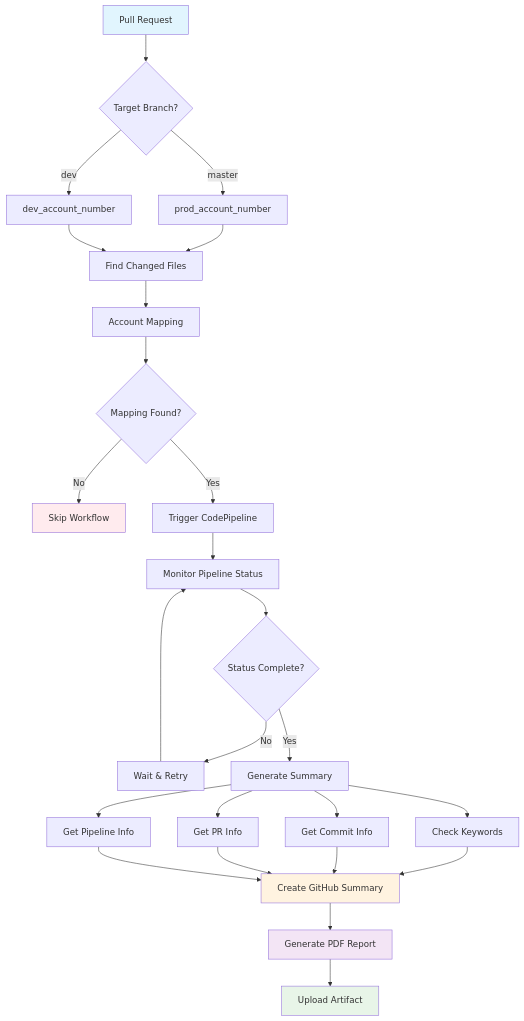
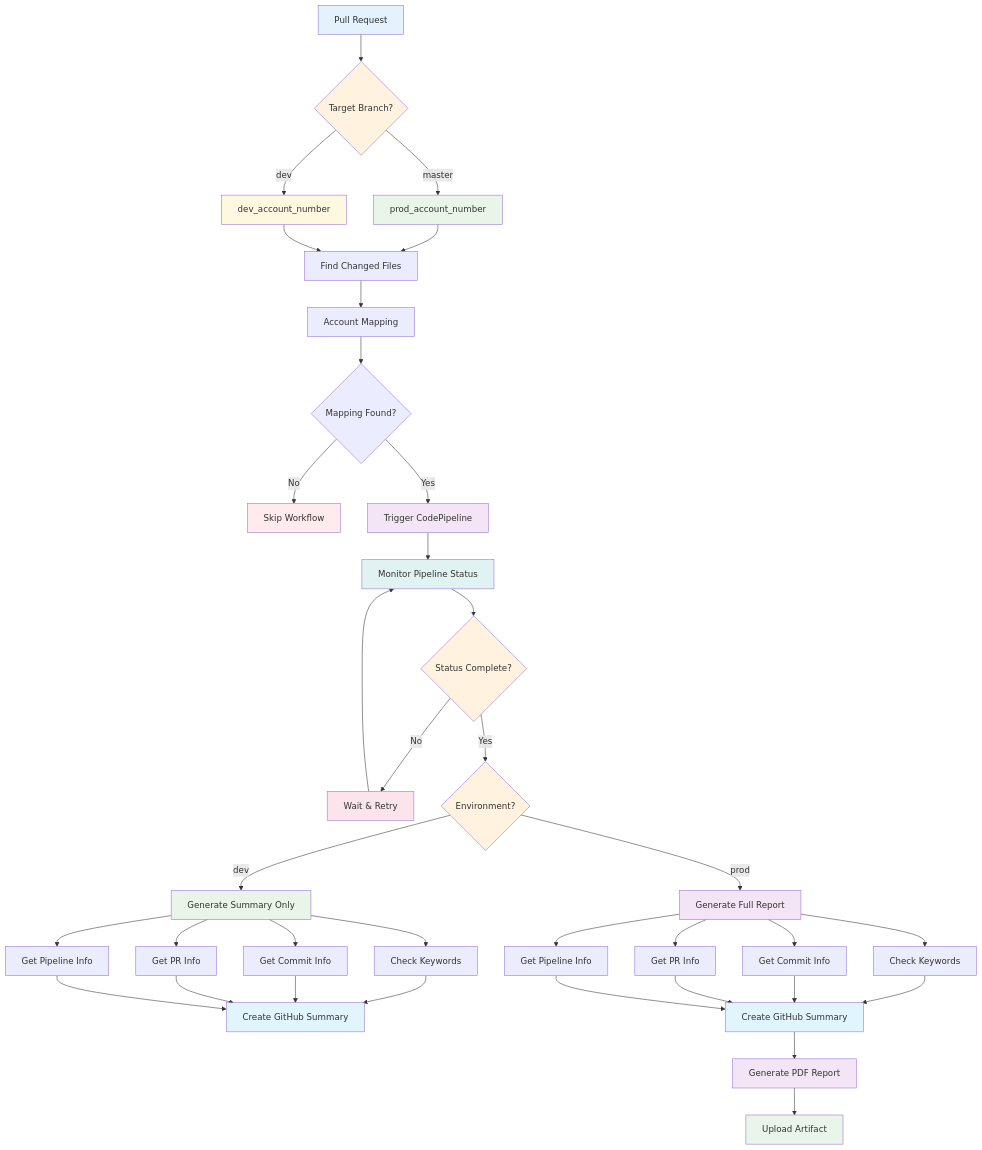
Before and after one commit to chaunceyyann/cyan-actions: the first of 2 diagrams in .github/workflows/README.md, drawn with Mermaid. The commit also changed other lines of this file and 1 other file, not shown here.

Commit message:
[JIRA-2027] update readme more

````diff
--- a/.github/workflows/README.md
+++ b/.github/workflows/README.md
@@ -116,39 +116,63 @@
 ```mermaid
 flowchart TD
     A[Pull Request] --> B{Target Branch?}
     B -->|master| C[prod_account_number]
     B -->|dev| D[dev_account_number]
 
     C --> E[Find Changed Files]
     D --> E
 
     E --> F[Account Mapping]
     F --> G{Mapping Found?}
     G -->|No| H[Skip Workflow]
     G -->|Yes| I[Trigger CodePipeline]
 
     I --> J[Monitor Pipeline Status]
     J --> K{Status Complete?}
     K -->|No| L[Wait & Retry]
     L --> J
-    K -->|Yes| M[Generate Summary]
+    K -->|Yes| M{Environment?}
 
-    M --> N[Check Keywords]
-    M --> O[Get Commit Info]
-    M --> P[Get PR Info]
-    M --> Q[Get Pipeline Info]
+    M -->|dev| N[Generate Summary Only]
+    M -->|prod| O[Generate Full Report]
 
-    N --> R[Create GitHub Summary]
-    O --> R
-    P --> R
-    Q --> R
+    N --> P[Check Keywords]
+    N --> Q[Get Commit Info]
+    N --> R[Get PR Info]
+    N --> S[Get Pipeline Info]
 
-    R --> S[Generate PDF Report]
-    S --> T[Upload Artifact]
+    P --> T[Create GitHub Summary]
+    Q --> T
+    R --> T
+    S --> T
 
-    style A fill:#e1f5fe
+    O --> U[Check Keywords]
+    O --> V[Get Commit Info]
+    O --> W[Get PR Info]
+    O --> X[Get Pipeline Info]
+
+    U --> Y[Create GitHub Summary]
+    V --> Y
+    W --> Y
+    X --> Y
+
+    Y --> Z[Generate PDF Report]
+    Z --> AA[Upload Artifact]
+
+    style A fill:#e3f2fd
+    style B fill:#fff3e0
+    style C fill:#e8f5e8
+    style D fill:#fff8e1
     style H fill:#ffebee
-    style T fill:#e8f5e8
-    style R fill:#fff3e0
-    style S fill:#f3e5f5
+    style I fill:#f3e5f5
+    style J fill:#e0f2f1
+    style K fill:#fff3e0
+    style L fill:#fce4ec
+    style M fill:#fff3e0
+    style N fill:#e8f5e8
+    style O fill:#f3e5f5
+    style T fill:#e1f5fe
+    style Y fill:#e1f5fe
+    style Z fill:#f3e5f5
+    style AA fill:#e8f5e8
 ```
````
